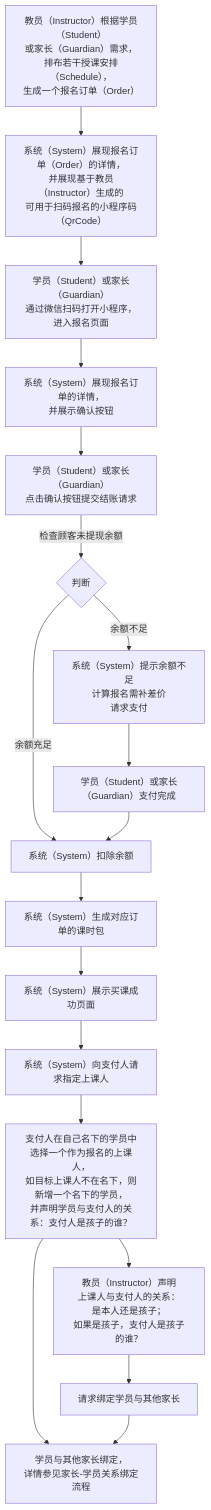
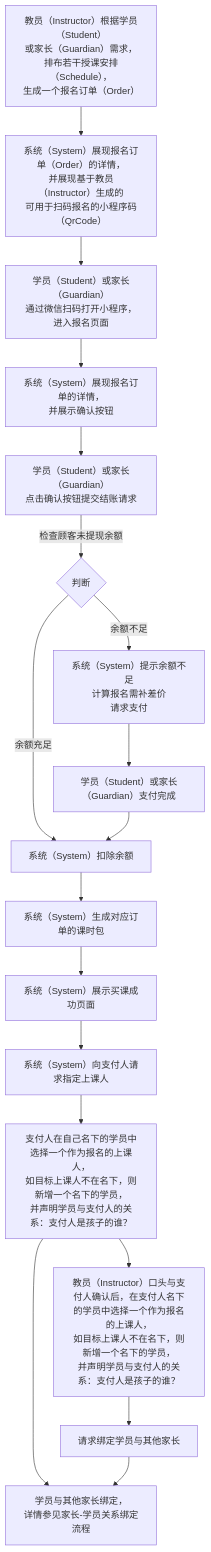
The diagram in 用例/报名.md (world-wide-web/sign), drawn with Mermaid before and after one commit. The commit also changed other lines of this file, not shown here.

````diff
--- a/用例/报名.md
+++ b/用例/报名.md
@@ -7,53 +7,53 @@
 ```mermaid
 graph TD
 
 生成报名订单-->生成报名码
 生成报名码-->扫码报名
 扫码报名-->展现报名订单
 展现报名订单-->确认并提交结账请求
 确认并提交结账请求--检查顾客未提现余额-->检查顾客未提现余额
 检查顾客未提现余额--余额充足-->扣除余额
 检查顾客未提现余额--余额不足-->请求支付
 请求支付-->支付完成
 支付完成-->扣除余额
 扣除余额-->生成课时包
 生成课时包-->提示买课成功
 提示买课成功-->请求身份声明
 请求身份声明-->指定上课人
 指定上课人-->教员代理身份声明
 教员代理身份声明-->请求绑定学员与其他家长
 指定上课人-->学员与其他家长绑定
 请求绑定学员与其他家长-->学员与其他家长绑定
 
 生成报名订单["<center>教员（Instructor）根据学员（Student）<br>或家长（Guardian）需求，<br>排布若干授课安排（Schedule），<br>生成一个报名订单（Order）</center>"]
 
 生成报名码["<center>系统（System）展现报名订单（Order）的详情，<br>并展现基于教员（Instructor）生成的<br>可用于扫码报名的小程序码（QrCode）</center>"]
 
 扫码报名["<center>学员（Student）或家长（Guardian）<br>通过微信扫码打开小程序，进入报名页面</center>"]
 
 展现报名订单["<center>系统（System）展现报名订单的详情，<br>并展示确认按钮</center>"]
 
 确认并提交结账请求["<center>学员（Student）或家长（Guardian）<br>点击确认按钮提交结账请求</center>"]
 
 检查顾客未提现余额{判断}
 
 请求支付["<center>系统（System）提示余额不足<br>计算报名需补差价<br>请求支付</center>"]
 
 支付完成["<center>学员（Student）或家长（Guardian）支付完成</center>"]
 
 扣除余额["<center>系统（System）扣除余额</center>"]
 
 生成课时包["<center>系统（System）生成对应订单的课时包</center>"]
 
 提示买课成功["<center>系统（System）展示买课成功页面</center>"]
 
 请求身份声明["<center>系统（System）向支付人请求指定上课人</center>"]
 
 指定上课人["<center>支付人在自己名下的学员中选择一个作为报名的上课人，<br>如目标上课人不在名下，则新增一个名下的学员，<br>并声明学员与支付人的关系：支付人是孩子的谁？</center>"]
 
-教员代理身份声明["<center>教员（Instructor）声明<br>上课人与支付人的关系：<br>是本人还是孩子；<br>如果是孩子，支付人是孩子的谁？</center>"]
+教员代理身份声明["<center>教员（Instructor）口头与支付人确认后，在支付人名下的学员中选择一个作为报名的上课人，<br>如目标上课人不在名下，则新增一个名下的学员，<br>并声明学员与支付人的关系：支付人是孩子的谁？</center>"]
 
 请求绑定学员与其他家长
 
 学员与其他家长绑定["<center>学员与其他家长绑定，<br>详情参见家长-学员关系绑定流程</center>"]
 ```
````
